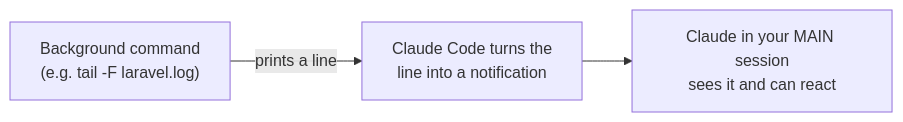
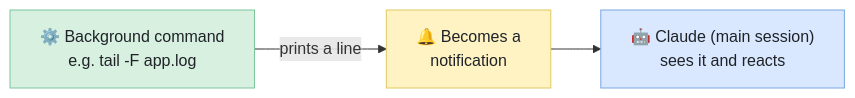
The third of 4 diagrams in plugins/starter-spell/README.md (klesajos/grimoire), drawn with Mermaid before and after one commit. The commit also changed other lines of this file and 2 other files, not shown here.

First line of the commit message:
Restyle README diagrams with pastel palette + shorter labels

````diff
--- a/plugins/starter-spell/README.md
+++ b/plugins/starter-spell/README.md
@@ -322,5 +338,12 @@
 ```mermaid
 flowchart LR
-    M["Background command<br/>(e.g. tail -F laravel.log)"] -->|prints a line| N[Claude Code turns the<br/>line into a notification]
-    N --> C[Claude in your MAIN session<br/>sees it and can react]
+    M["⚙️ Background command<br/>e.g. tail -F app.log"] -->|prints a line| N["🔔 Becomes a<br/>notification"]
+    N --> C["🤖 Claude (main session)<br/>sees it and reacts"]
+
+    classDef cmd fill:#d7f0e0,stroke:#7cc59b,stroke-width:1px,color:#1f2328
+    classDef note fill:#fff3c4,stroke:#e0c860,stroke-width:1px,color:#1f2328
+    classDef claude fill:#d9e8ff,stroke:#7aa7e0,stroke-width:1px,color:#1f2328
+    class M cmd
+    class N note
+    class C claude
 ```
````
